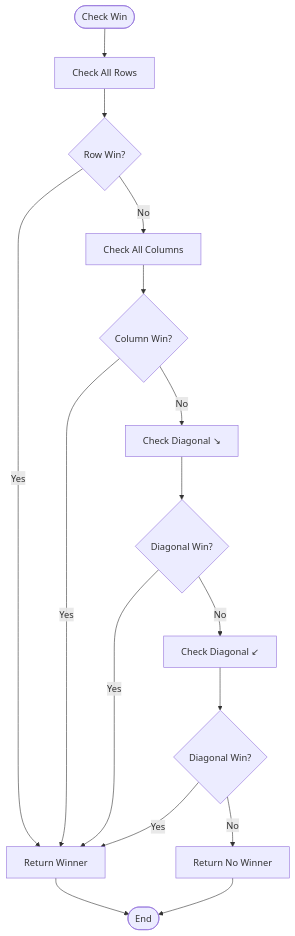
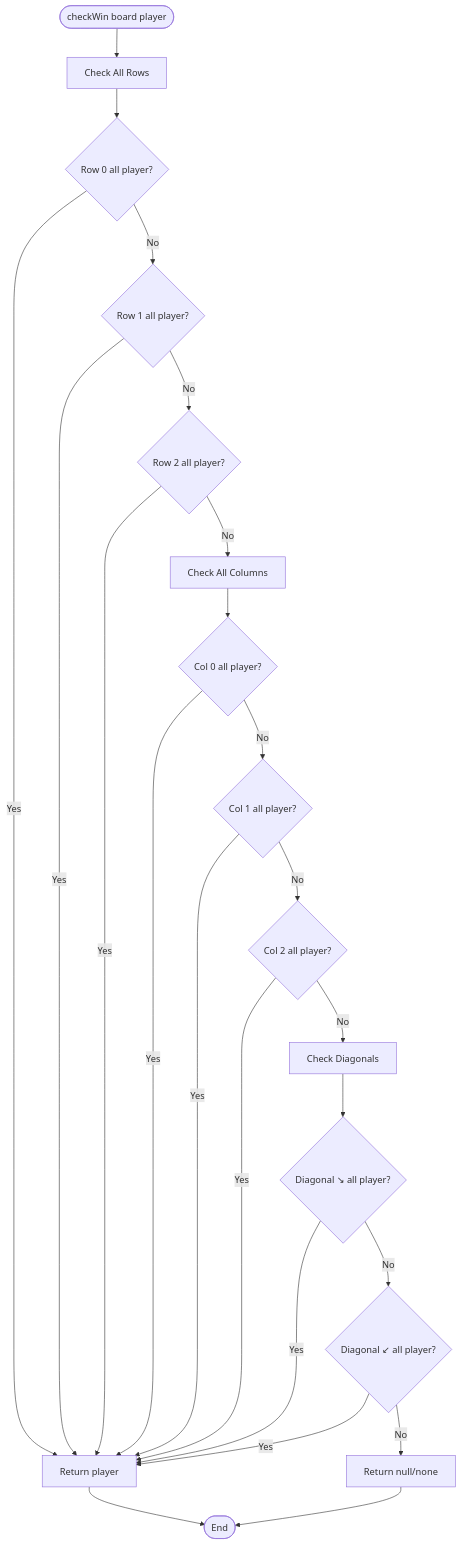
One commit to jashar86/tic-tac-toe changed diagram 12 of 15 in docs/REFERENCE_ARCHITECTURE.md. Above: the diagram before and after it, drawn with Mermaid. The commit also changed other lines of this file, not shown here.

````diff
--- a/docs/REFERENCE_ARCHITECTURE.md
+++ b/docs/REFERENCE_ARCHITECTURE.md
@@ -365,22 +1056,29 @@
 ```mermaid
 flowchart TD
-    Start([Check Win]) --> CheckRows[Check All Rows]
-    CheckRows --> RowWin{Row Win?}
-    RowWin -->|Yes| ReturnWinner[Return Winner]
-    RowWin -->|No| CheckCols[Check All Columns]
+    Start([checkWin board player]) --> CheckRows[Check All Rows]
 
-    CheckCols --> ColWin{Column Win?}
-    ColWin -->|Yes| ReturnWinner
-    ColWin -->|No| CheckDiag1[Check Diagonal ↘]
+    CheckRows --> Row0{Row 0 all player?}
+    Row0 -->|Yes| ReturnWin[Return player]
+    Row0 -->|No| Row1{Row 1 all player?}
+    Row1 -->|Yes| ReturnWin
+    Row1 -->|No| Row2{Row 2 all player?}
+    Row2 -->|Yes| ReturnWin
+    Row2 -->|No| CheckCols[Check All Columns]
 
-    CheckDiag1 --> Diag1Win{Diagonal Win?}
-    Diag1Win -->|Yes| ReturnWinner
-    Diag1Win -->|No| CheckDiag2[Check Diagonal ↙]
+    CheckCols --> Col0{Col 0 all player?}
+    Col0 -->|Yes| ReturnWin
+    Col0 -->|No| Col1{Col 1 all player?}
+    Col1 -->|Yes| ReturnWin
+    Col1 -->|No| Col2{Col 2 all player?}
+    Col2 -->|Yes| ReturnWin
+    Col2 -->|No| CheckDiag[Check Diagonals]
 
-    CheckDiag2 --> Diag2Win{Diagonal Win?}
-    Diag2Win -->|Yes| ReturnWinner
-    Diag2Win -->|No| ReturnNone[Return No Winner]
+    CheckDiag --> Diag1{Diagonal ↘ all player?}
+    Diag1 -->|Yes| ReturnWin
+    Diag1 -->|No| Diag2{Diagonal ↙ all player?}
+    Diag2 -->|Yes| ReturnWin
+    Diag2 -->|No| ReturnNone[Return null/none]
 
-    ReturnWinner --> End([End])
+    ReturnWin --> End([End])
     ReturnNone --> End
 ```
````
